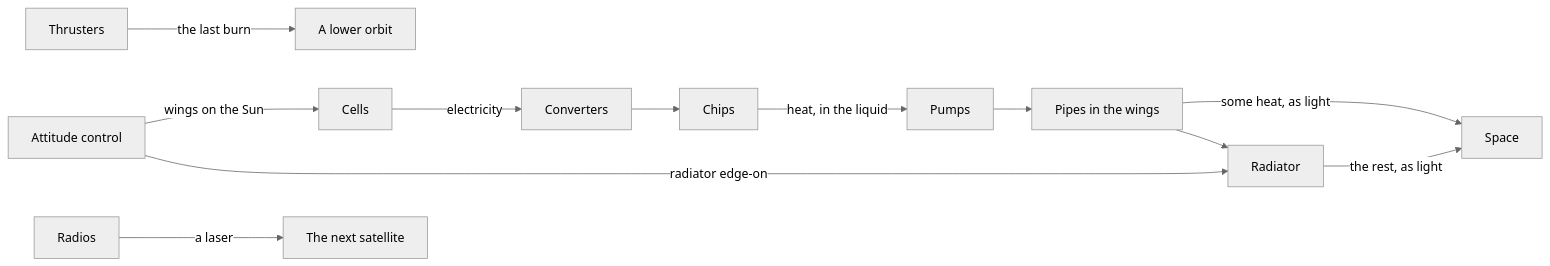
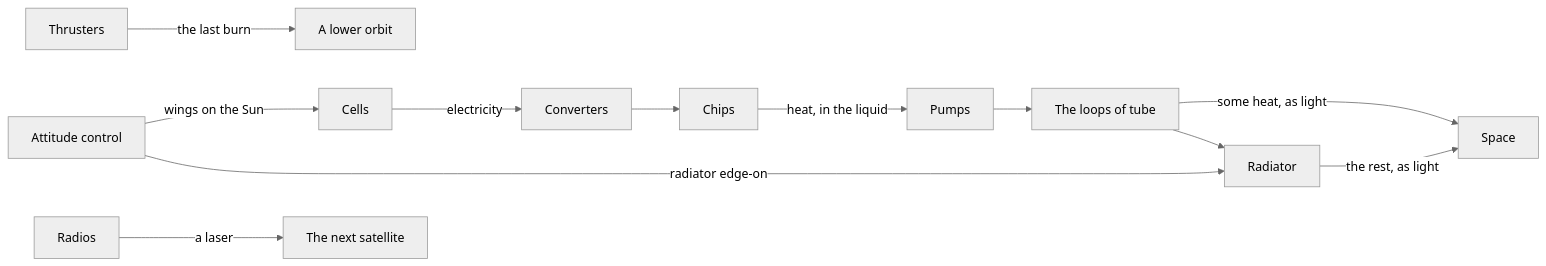
One commit to jkroso/Ladder changed the second of 2 diagrams in pages/space-data-centres.md. Above: the diagram before and after it, drawn with Mermaid (neutral theme). The commit also changed other lines of this file and 3 other files, not shown here.

First line of the commit message:
Hold the space satellite's wings and radiator with one loop of tube through their three tips

````diff
--- a/pages/space-data-centres.md
+++ b/pages/space-data-centres.md
@@ -130,14 +130,14 @@
 ```mermaid
 flowchart LR
   Cells -->|electricity| Converters
   Converters --> Chips
   Chips -->|heat, in the liquid| Pumps
-  Pumps --> Pipes[Pipes in the wings]
+  Pumps --> Pipes[The loops of tube]
   Pipes -->|some heat, as light| Space
   Pipes --> Radiator
   Radiator -->|the rest, as light| Space
   Aim[Attitude control] -->|wings on the Sun| Cells
   Aim -->|radiator edge-on| Radiator
   Thrusters -->|the last burn| Lower[A lower orbit]
   Radios -->|a laser| Neighbour[The next satellite]
 ```
````
